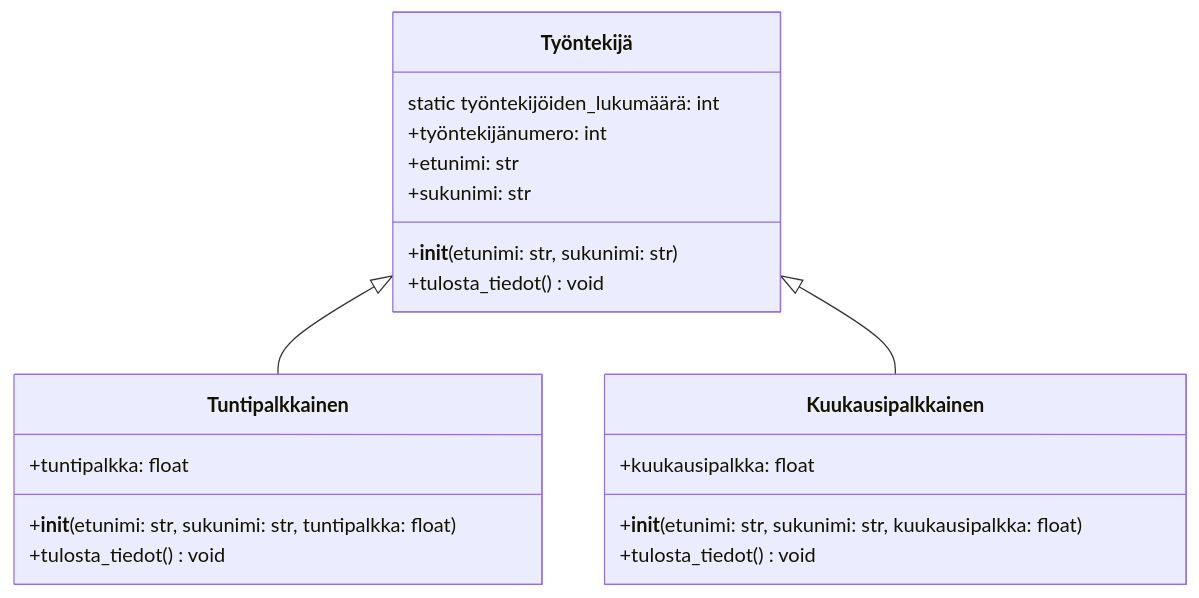
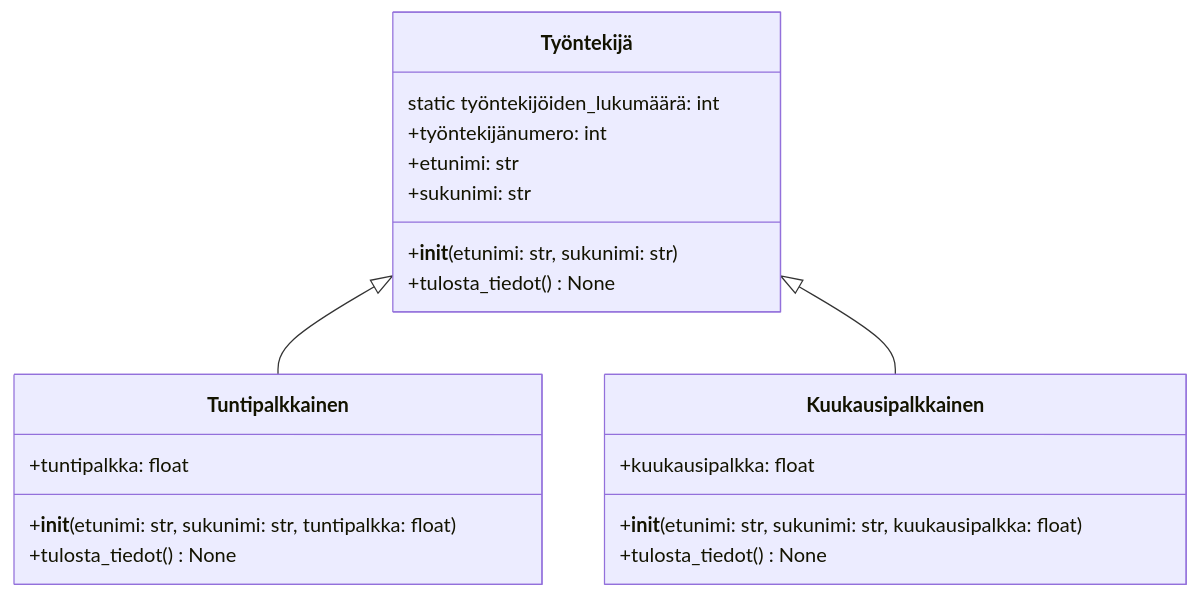
The first of 2 diagrams in fi/11_Periytyminen.md (metropolia-sw/python), drawn with Mermaid before and after one commit.

Commit message:
Change return type of tulosta_tiedot to None

````diff
--- a/fi/11_Periytyminen.md
+++ b/fi/11_Periytyminen.md
@@ -116,26 +116,26 @@
 ```mermaid
 classDiagram
     class Työntekijä {
         static työntekijöiden_lukumäärä: int
         +työntekijänumero: int
         +etunimi: str
         +sukunimi: str
         +__init__(etunimi: str, sukunimi: str)
-        +tulosta_tiedot() void
+        +tulosta_tiedot() None
     }
 
     class Tuntipalkkainen {
         +tuntipalkka: float
         +__init__(etunimi: str, sukunimi: str, tuntipalkka: float)
-        +tulosta_tiedot() void
+        +tulosta_tiedot() None
     }
 
     class Kuukausipalkkainen {
         +kuukausipalkka: float
         +__init__(etunimi: str, sukunimi: str, kuukausipalkka: float)
-        +tulosta_tiedot() void
+        +tulosta_tiedot() None
     }
 
     Työntekijä <|-- Tuntipalkkainen
     Työntekijä <|-- Kuukausipalkkainen
 ```
````
